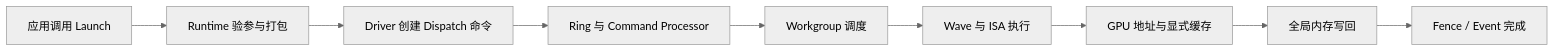
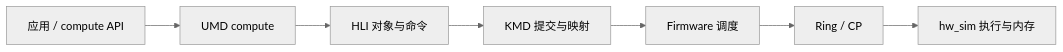
One commit to WSCWDA/GPU_MODEL changed the first of 2 diagrams in docs/CPU模拟GPU教学项目_任务规划与实施规格.md. Above: the diagram before and after it, drawn with Mermaid (neutral theme). The commit also changed other lines of this file, not shown here.

Commit message:
docs: align task plan with driver module hierarchy

````diff
--- a/docs/CPU模拟GPU教学项目_任务规划与实施规格.md
+++ b/docs/CPU模拟GPU教学项目_任务规划与实施规格.md
@@ -65,11 +120,9 @@
 ```mermaid
 flowchart LR
-    A[应用调用 Launch] --> B[Runtime 验参与打包]
-    B --> C[Driver 创建 Dispatch 命令]
-    C --> D[Ring 与 Command Processor]
-    D --> E[Workgroup 调度]
-    E --> F[Wave 与 ISA 执行]
-    F --> G[GPU 地址与显式缓存]
-    G --> H[全局内存写回]
-    H --> I[Fence / Event 完成]
+    A["应用 / compute API"] --> B["UMD compute"]
+    B --> C["HLI 对象与命令"]
+    C --> D["KMD 提交与映射"]
+    D --> E["Firmware 调度"]
+    E --> F["Ring / CP"]
+    F --> G["hw_sim 执行与内存"]
 ```
````
